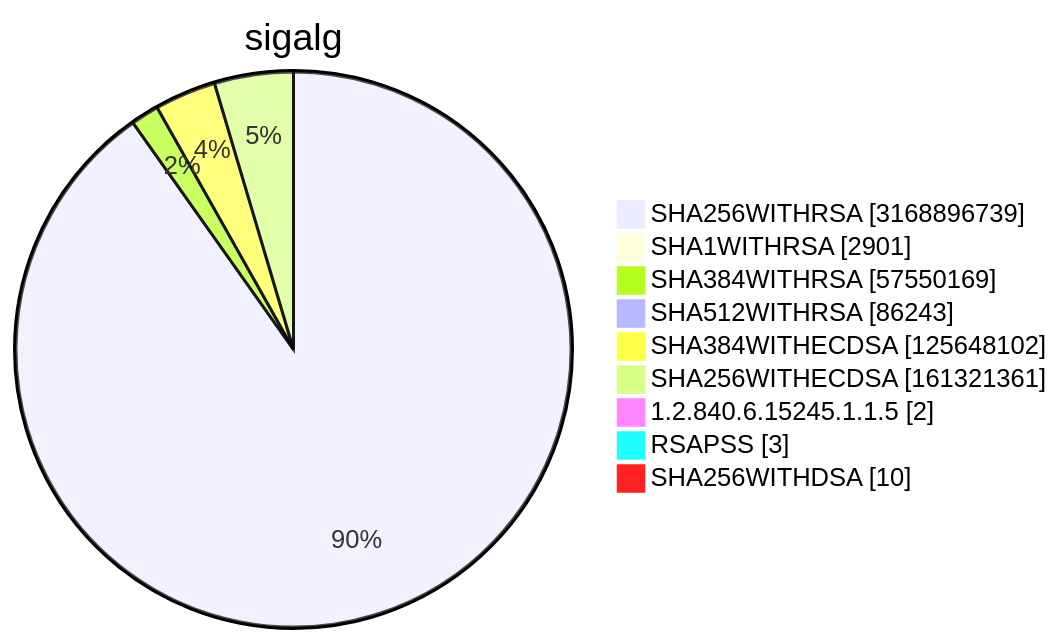
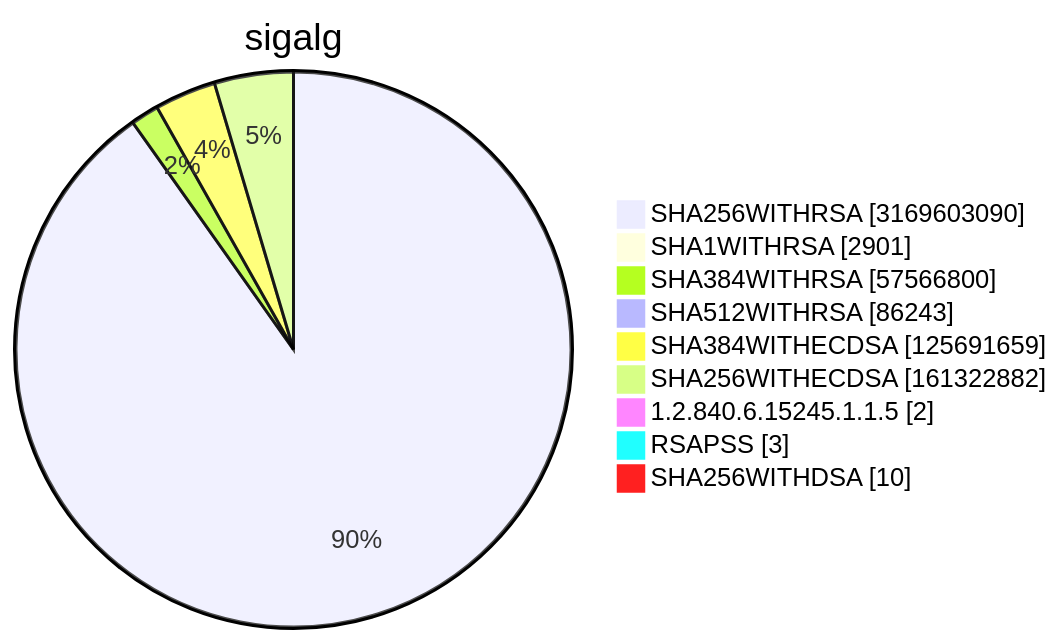
Diagram 15 of 15 in TOTAL/README.md (christiankrug/ctmonitor_visualization), drawn with Mermaid before and after one commit. The commit also changed other lines of this file, not shown here.

````diff
--- a/TOTAL/README.md
+++ b/TOTAL/README.md
@@ -6215,13 +6215,13 @@
 ```mermaid
 pie showData
 title sigalg
-"SHA256WITHRSA" :3168896739
+"SHA256WITHRSA" :3169603090
 "SHA1WITHRSA" :2901
-"SHA384WITHRSA" :57550169
+"SHA384WITHRSA" :57566800
 "SHA512WITHRSA" :86243
-"SHA384WITHECDSA" :125648102
-"SHA256WITHECDSA" :161321361
+"SHA384WITHECDSA" :125691659
+"SHA256WITHECDSA" :161322882
 "1.2.840.6.15245.1.1.5" :2
 "RSAPSS" :3
 "SHA256WITHDSA" :10
 ```
````
